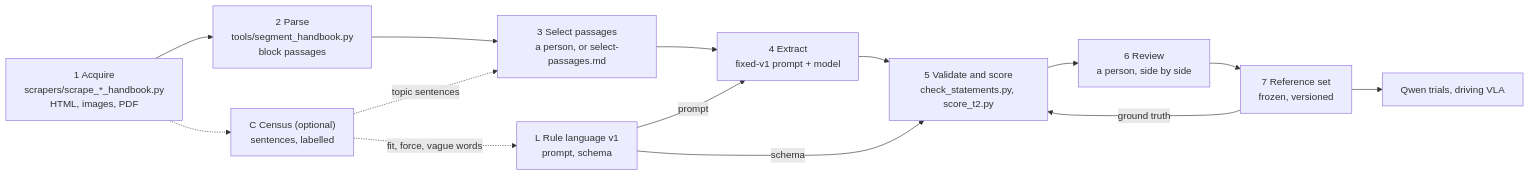
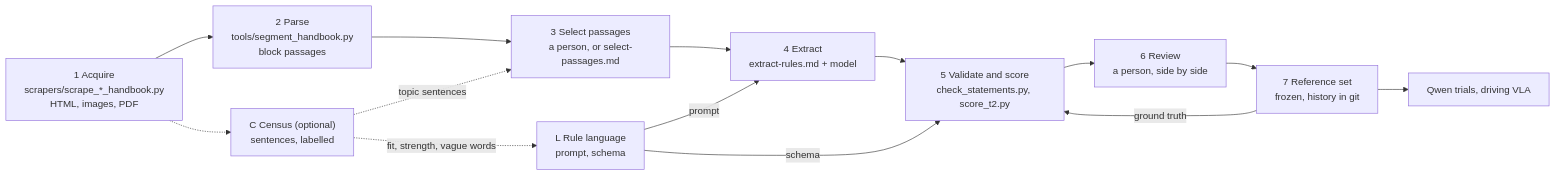
One commit to hennyg888/Drive-Rule-Extraction-Bench changed the diagram in pipeline/PIPELINE.md. Above: the diagram before and after it, drawn with Mermaid. The commit also changed other lines of this file and 105 other files, not shown here.

````diff
--- a/pipeline/PIPELINE.md
+++ b/pipeline/PIPELINE.md
@@ -53,16 +53,16 @@
 ```mermaid
 flowchart LR
   A["1 Acquire<br/>scrapers/scrape_*_handbook.py<br/>HTML, images, PDF"] --> P["2 Parse<br/>tools/segment_handbook.py<br/>block passages"]
   P --> S["3 Select passages<br/>a person, or select-passages.md"]
-  S --> E["4 Extract<br/>fixed-v1 prompt + model"]
+  S --> E["4 Extract<br/>extract-rules.md + model"]
   E --> V["5 Validate and score<br/>check_statements.py, score_t2.py"]
   V --> R["6 Review<br/>a person, side by side"]
-  R --> F["7 Reference set<br/>frozen, versioned"]
+  R --> F["7 Reference set<br/>frozen, history in git"]
   A -.-> C["C Census (optional)<br/>sentences, labelled"]
   C -. "topic sentences" .-> S
-  C -. "fit, force, vague words" .-> L["L Rule language v1<br/>prompt, schema"]
+  C -. "fit, strength, vague words" .-> L["L Rule language<br/>prompt, schema"]
   L -- "prompt" --> E
   L -- "schema" --> V
   F -- "ground truth" --> V
   F --> D["Qwen trials, driving VLA"]
 ```
````
